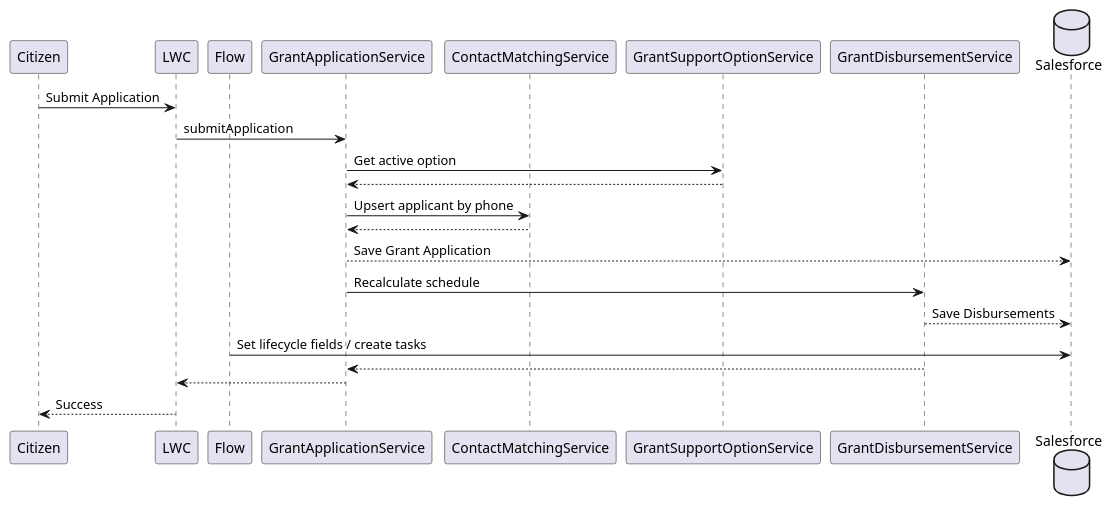
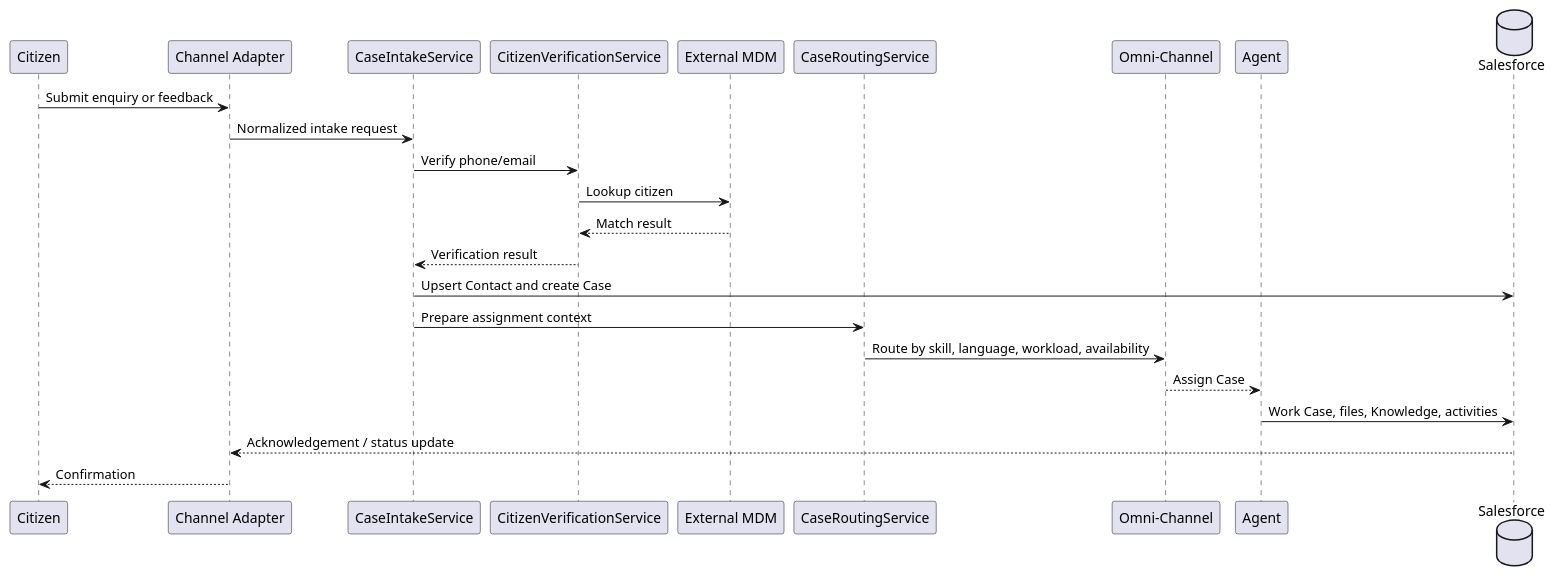
The diagram in puml task1/3.7 Service Interaction Diagram.puml (jimmytobing/virtusa), drawn with PlantUML before and after one commit. The commit also changed 31 other files, not shown here.

```diff
--- a/puml task1/3.7 Service Interaction Diagram.puml
+++ b/puml task1/3.7 Service Interaction Diagram.puml
@@ -1,45 +1,27 @@
 @startuml
 
 participant Citizen
-
-participant LWC
-
-participant Flow
-
-participant GrantApplicationService
-
-participant ContactMatchingService
-
-participant GrantSupportOptionService
-
-participant GrantDisbursementService
-
+participant "Channel Adapter" as Channel
+participant CaseIntakeService
+participant CitizenVerificationService
+participant "External MDM" as MDM
+participant CaseRoutingService
+participant "Omni-Channel" as Omni
+participant Agent
 database Salesforce
 
-Citizen -> LWC : Submit Application
-
-LWC -> GrantApplicationService : submitApplication
-
-GrantApplicationService -> GrantSupportOptionService : Get active option
-
-GrantSupportOptionService --> GrantApplicationService
-
-GrantApplicationService -> ContactMatchingService : Upsert applicant by phone
-
-ContactMatchingService --> GrantApplicationService
-
-GrantApplicationService --> Salesforce : Save Grant Application
-
-GrantApplicationService -> GrantDisbursementService : Recalculate schedule
-
-GrantDisbursementService --> Salesforce : Save Disbursements
-
-Flow -> Salesforce : Set lifecycle fields / create tasks
-
-GrantDisbursementService --> GrantApplicationService
-
-GrantApplicationService --> LWC
-
-LWC --> Citizen : Success
+Citizen -> Channel : Submit enquiry or feedback
+Channel -> CaseIntakeService : Normalized intake request
+CaseIntakeService -> CitizenVerificationService : Verify phone/email
+CitizenVerificationService -> MDM : Lookup citizen
+MDM --> CitizenVerificationService : Match result
+CitizenVerificationService --> CaseIntakeService : Verification result
+CaseIntakeService -> Salesforce : Upsert Contact and create Case
+CaseIntakeService -> CaseRoutingService : Prepare assignment context
+CaseRoutingService -> Omni : Route by skill, language, workload, availability
+Omni --> Agent : Assign Case
+Agent -> Salesforce : Work Case, files, Knowledge, activities
+Salesforce --> Channel : Acknowledgement / status update
+Channel --> Citizen : Confirmation
 
 @enduml
```
